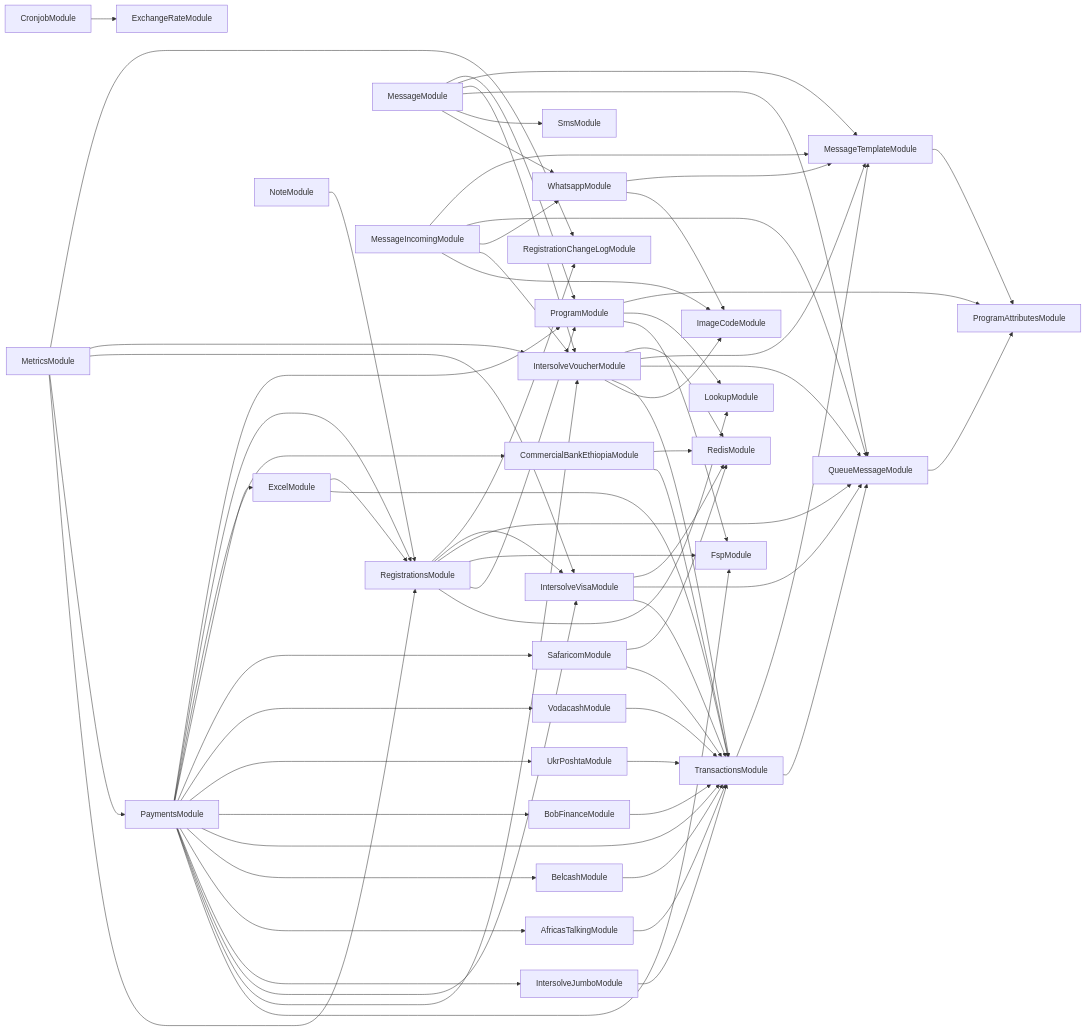
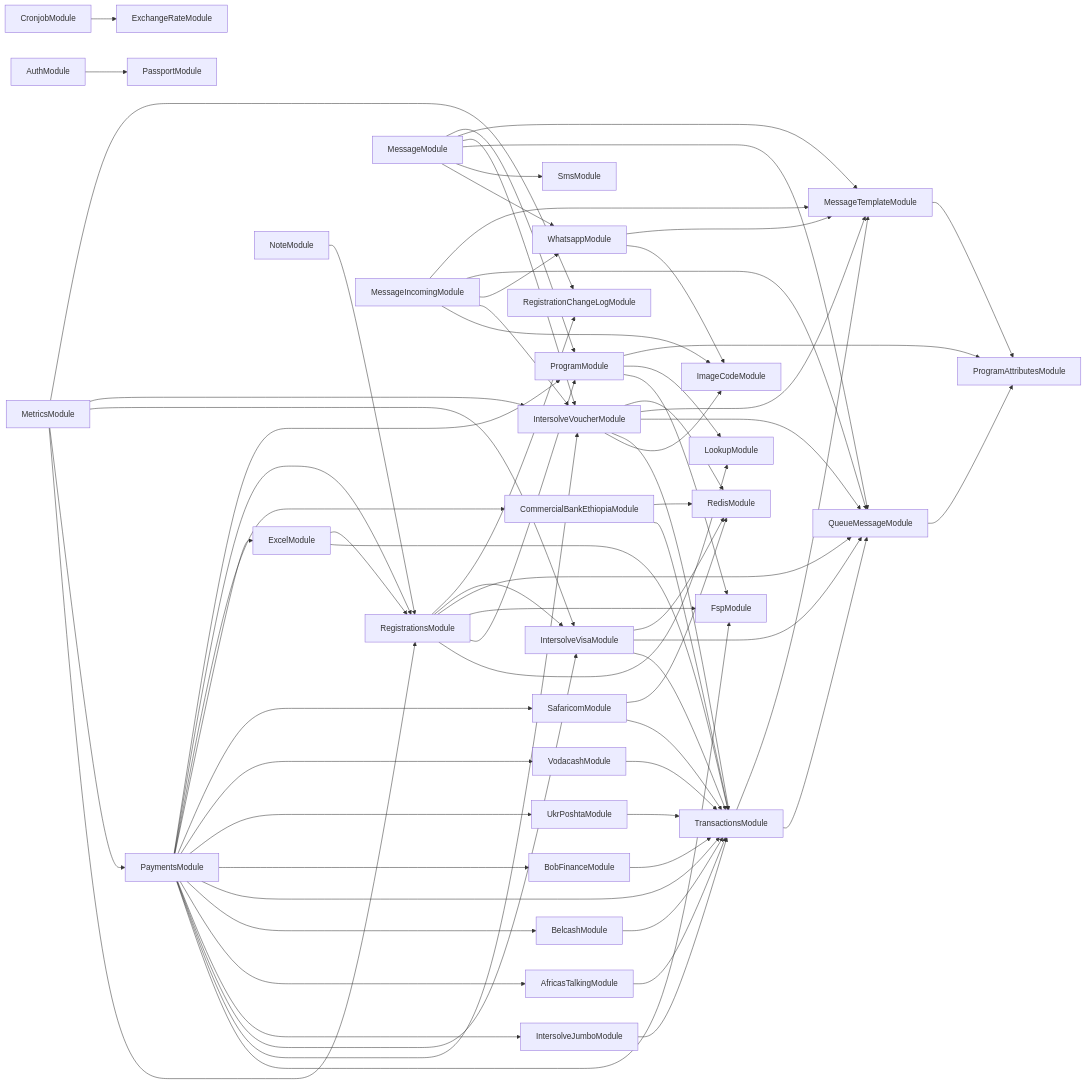
Before and after one commit to global-121/121-platform: the diagram in services/121-service/module-dependencies.md, drawn with Mermaid. The commit also changed 6 other files, not shown here.

````diff
--- a/services/121-service/module-dependencies.md
+++ b/services/121-service/module-dependencies.md
@@ -3,71 +3,72 @@
 ```mermaid
 graph LR
   ProgramModule-->FspModule
   ProgramModule-->LookupModule
   ProgramModule-->ProgramAttributesModule
   MessageTemplateModule-->ProgramAttributesModule
   CronjobModule-->ExchangeRateModule
   RegistrationsModule-->LookupModule
   RegistrationsModule-->ProgramModule
   RegistrationsModule-->FspModule
   RegistrationsModule-->QueueMessageModule
   QueueMessageModule-->ProgramAttributesModule
   RegistrationsModule-->IntersolveVisaModule
   IntersolveVisaModule-->TransactionsModule
   TransactionsModule-->QueueMessageModule
   TransactionsModule-->MessageTemplateModule
   IntersolveVisaModule-->QueueMessageModule
   IntersolveVisaModule-->RedisModule
   RegistrationsModule-->RegistrationChangeLogModule
   MessageModule-->WhatsappModule
   WhatsappModule-->ImageCodeModule
   WhatsappModule-->MessageTemplateModule
   MessageModule-->SmsModule
   MessageModule-->QueueMessageModule
   MessageModule-->IntersolveVoucherModule
   IntersolveVoucherModule-->ImageCodeModule
   IntersolveVoucherModule-->TransactionsModule
   IntersolveVoucherModule-->QueueMessageModule
   IntersolveVoucherModule-->MessageTemplateModule
   IntersolveVoucherModule-->RedisModule
   MessageModule-->MessageTemplateModule
   MessageModule-->ProgramModule
   MetricsModule-->RegistrationsModule
   MetricsModule-->PaymentsModule
   PaymentsModule-->FspModule
   PaymentsModule-->IntersolveVoucherModule
   PaymentsModule-->IntersolveVisaModule
   PaymentsModule-->IntersolveJumboModule
   IntersolveJumboModule-->TransactionsModule
   PaymentsModule-->AfricasTalkingModule
   AfricasTalkingModule-->TransactionsModule
   PaymentsModule-->BelcashModule
   BelcashModule-->TransactionsModule
   PaymentsModule-->TransactionsModule
   PaymentsModule-->BobFinanceModule
   BobFinanceModule-->TransactionsModule
   PaymentsModule-->UkrPoshtaModule
   UkrPoshtaModule-->TransactionsModule
   PaymentsModule-->VodacashModule
   VodacashModule-->TransactionsModule
   PaymentsModule-->SafaricomModule
   SafaricomModule-->TransactionsModule
   SafaricomModule-->RedisModule
   PaymentsModule-->ExcelModule
   ExcelModule-->TransactionsModule
   ExcelModule-->RegistrationsModule
   PaymentsModule-->CommercialBankEthiopiaModule
   CommercialBankEthiopiaModule-->TransactionsModule
   CommercialBankEthiopiaModule-->RedisModule
   PaymentsModule-->RegistrationsModule
   PaymentsModule-->ProgramModule
   MetricsModule-->IntersolveVisaModule
   MetricsModule-->IntersolveVoucherModule
   MetricsModule-->RegistrationChangeLogModule
   MessageIncomingModule-->ImageCodeModule
   MessageIncomingModule-->IntersolveVoucherModule
   MessageIncomingModule-->WhatsappModule
   MessageIncomingModule-->QueueMessageModule
   MessageIncomingModule-->MessageTemplateModule
   NoteModule-->RegistrationsModule
+  AuthModule-->PassportModule
 ```
````
